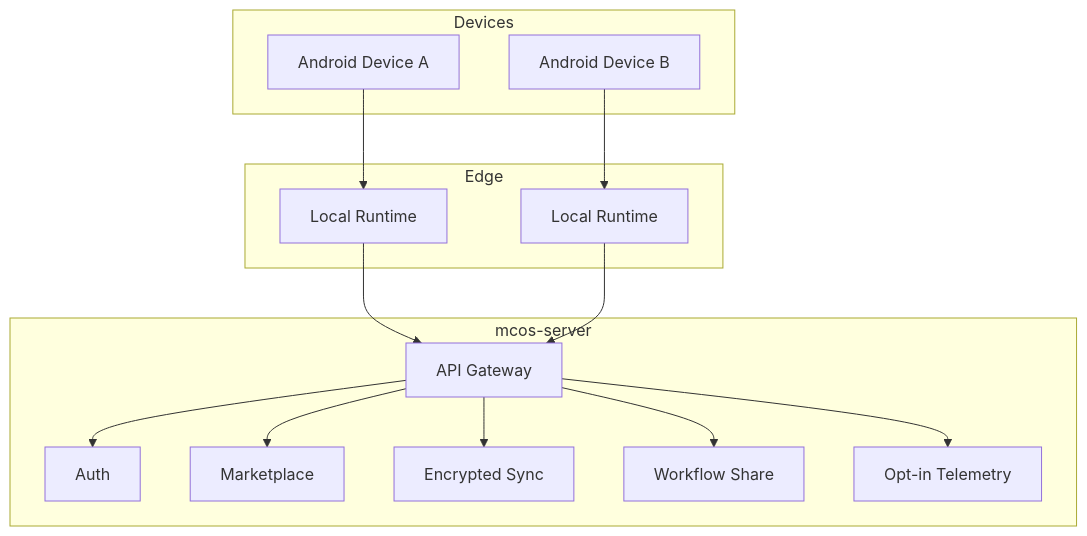
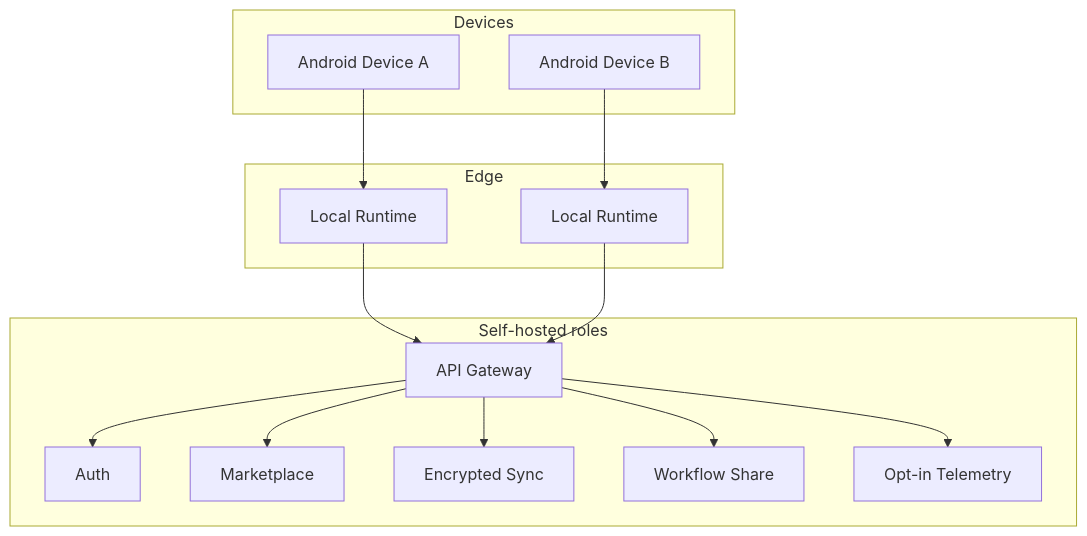
Before and after one commit to Morainet/mcos: the sixth of 6 diagrams in docs/en/01-architecture.md, drawn with Mermaid. The commit also changed other lines of this file and 4 other files, not shown here.

````diff
--- a/docs/en/01-architecture.md
+++ b/docs/en/01-architecture.md
@@ -823,31 +823,31 @@
 ```mermaid
 flowchart TB
   subgraph Devices
     A1[Android Device A]
     A2[Android Device B]
   end
 
   subgraph Edge
     RT1[Local Runtime]
     RT2[Local Runtime]
   end
 
-  subgraph Cloud["mcos-server"]
+  subgraph Cloud["Self-hosted roles"]
     API[API Gateway]
     Auth[Auth]
     Mkt[Marketplace]
     Sync[Encrypted Sync]
     Share[Workflow Share]
     Tele[Opt-in Telemetry]
   end
 
   A1 --> RT1
   A2 --> RT2
   RT1 --> API
   RT2 --> API
   API --> Auth
   API --> Mkt
   API --> Sync
   API --> Share
   API --> Tele
 ```
````
